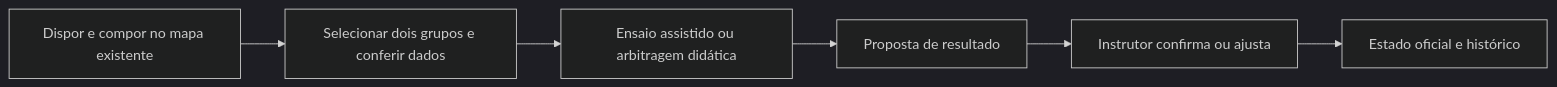
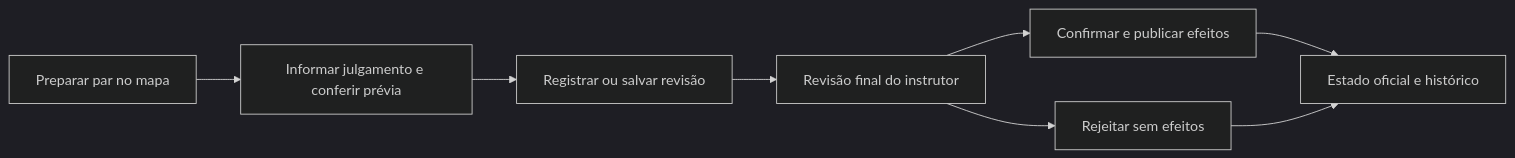
One commit to bozocf-hash/siscan changed the diagram in docs/recovery/103_ROTEIRO_DO_INSTRUTOR_DISPOSICAO_E_CONFRONTO.md. Above: the diagram before and after it, drawn with Mermaid (dark theme). The commit also changed other lines of this file and 2 other files, not shown here.

````diff
--- a/docs/recovery/103_ROTEIRO_DO_INSTRUTOR_DISPOSICAO_E_CONFRONTO.md
+++ b/docs/recovery/103_ROTEIRO_DO_INSTRUTOR_DISPOSICAO_E_CONFRONTO.md
@@ -44,8 +48,10 @@
 ```mermaid
 flowchart LR
-    A[Dispor e compor no mapa existente] --> B[Selecionar dois grupos e conferir dados]
-    B --> C[Ensaio assistido ou arbitragem didática]
-    C --> D[Proposta de resultado]
-    D --> E[Instrutor confirma ou ajusta]
-    E --> F[Estado oficial e histórico]
+    A[Preparar par no mapa] --> B[Informar julgamento e conferir prévia]
+    B --> C[Registrar ou salvar revisão]
+    C --> D[Revisão final do instrutor]
+    D --> E[Confirmar e publicar efeitos]
+    D --> F[Rejeitar sem efeitos]
+    E --> G[Estado oficial e histórico]
+    F --> G
 ```
````
